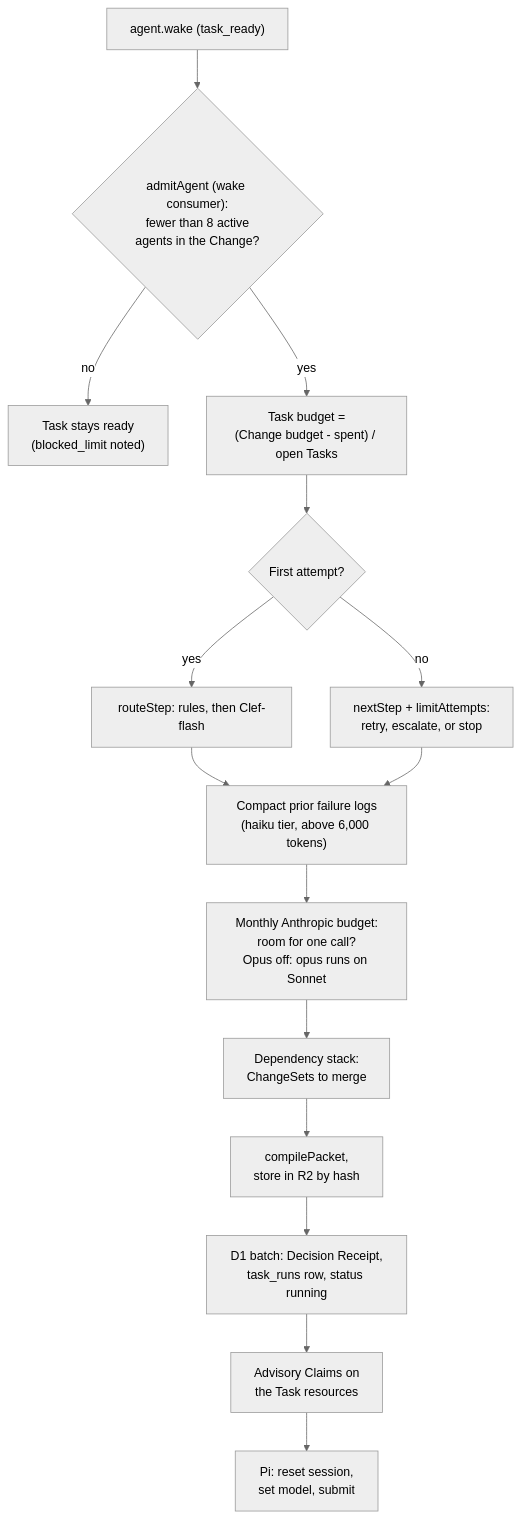
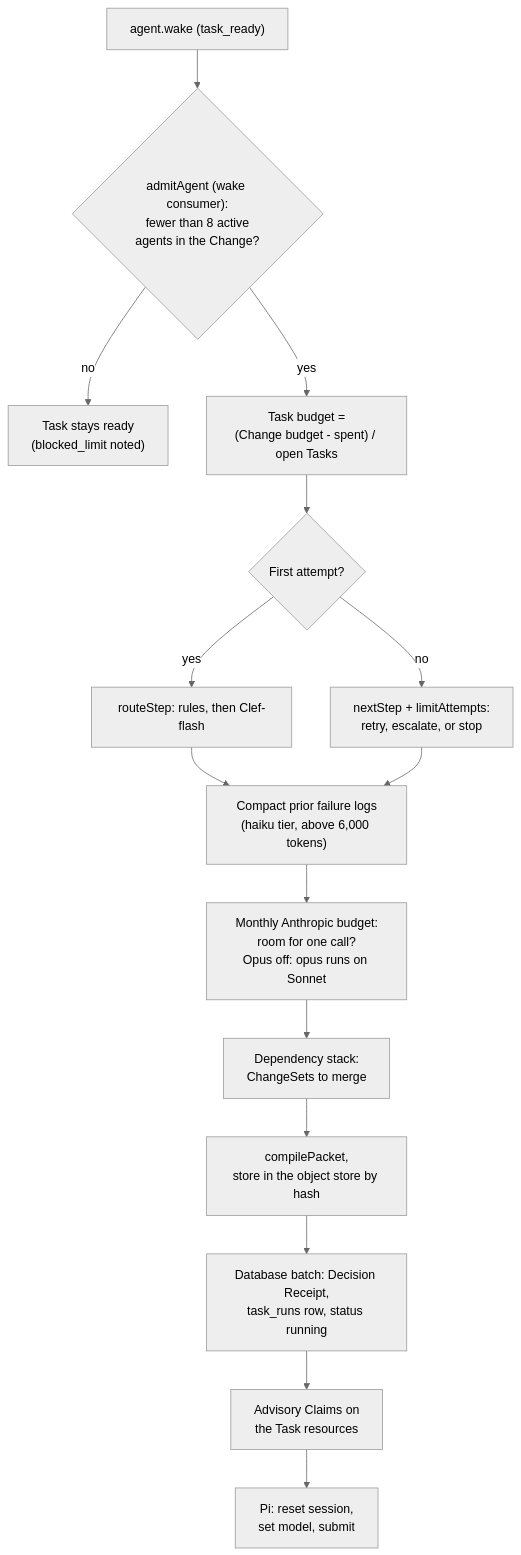
One commit to nsudhanva/rhumbatron changed the first of 7 diagrams in docs/architecture/agents-and-models.md. Above: the diagram before and after it, drawn with Mermaid (neutral theme). The commit also changed other lines of this file and 322 other files, not shown here.

````diff
--- a/docs/architecture/agents-and-models.md
+++ b/docs/architecture/agents-and-models.md
@@ -34,17 +34,17 @@
 ```mermaid
 flowchart TB
   W["agent.wake (task_ready)"] --> AD{"admitAgent (wake consumer):<br/>fewer than 8 active<br/>agents in the Change?"}
   AD -->|"no"| DEF["Task stays ready<br/>(blocked_limit noted)"]
   AD -->|"yes"| BUD["Task budget =<br/>(Change budget - spent) / open Tasks"]
   BUD --> RT{"First attempt?"}
   RT -->|"yes"| ROUTE["routeStep: rules, then Clef-flash"]
   RT -->|"no"| ESC["nextStep + limitAttempts:<br/>retry, escalate, or stop"]
   ROUTE --> CMP["Compact prior failure logs<br/>(haiku tier, above 6,000 tokens)"]
   ESC --> CMP
   CMP --> PROV["Monthly Anthropic budget:<br/>room for one call?<br/>Opus off: opus runs on Sonnet"]
   PROV --> STACK["Dependency stack:<br/>ChangeSets to merge"]
-  STACK --> PKT["compilePacket,<br/>store in R2 by hash"]
-  PKT --> REC["D1 batch: Decision Receipt,<br/>task_runs row, status running"]
+  STACK --> PKT["compilePacket,<br/>store in the object store by hash"]
+  PKT --> REC["Database batch: Decision Receipt,<br/>task_runs row, status running"]
   REC --> CLM["Advisory Claims on<br/>the Task resources"]
   CLM --> PI["Pi: reset session,<br/>set model, submit"]
 ```
````
